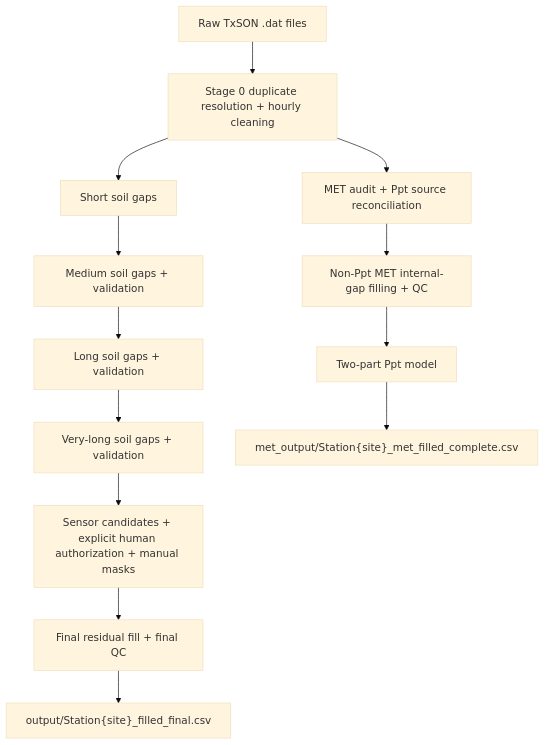
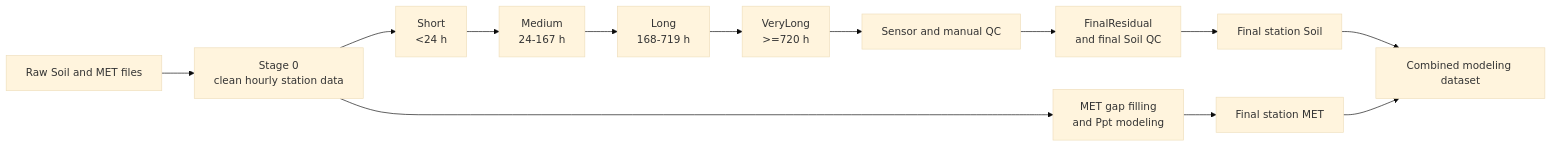
Before and after one commit to kiat/tx-soil-moisture: the diagram in data-cleanup/imputation_pipeline/README.md, drawn with Mermaid (base theme). The commit also changed other lines of this file and 1 other file, not shown here.

Commit message:
Finalize TxSON33 pipeline documentation

````diff
--- a/data-cleanup/imputation_pipeline/README.md
+++ b/data-cleanup/imputation_pipeline/README.md
@@ -178,16 +86,15 @@
 ```mermaid
-flowchart TD
-    A[Raw TxSON .dat files] --> B[Stage 0 duplicate resolution + hourly cleaning]
-    B --> C[Short soil gaps]
-    C --> D[Medium soil gaps + validation]
-    D --> E[Long soil gaps + validation]
-    E --> F[Very-long soil gaps + validation]
-    F --> G[Sensor candidates + explicit human authorization + manual masks]
-    G --> H[Final residual fill + final QC]
-    H --> I["output/Station{site}_filled_final.csv"]
-
-    B --> J[MET audit + Ppt source reconciliation]
-    J --> K[Non-Ppt MET internal-gap filling + QC]
-    K --> L[Two-part Ppt model]
-    L --> M["met_output/Station{site}_met_filled_complete.csv"]
+flowchart LR
+    A[Raw Soil and MET files] --> B[Stage 0<br/>clean hourly station data]
+    B --> C[Short<br/>&lt;24 h]
+    C --> D[Medium<br/>24-167 h]
+    D --> E[Long<br/>168-719 h]
+    E --> F[VeryLong<br/>&gt;=720 h]
+    F --> G[Sensor and manual QC]
+    G --> H[FinalResidual<br/>and final Soil QC]
+    B --> I[MET gap filling<br/>and Ppt modeling]
+    H --> J[Final station Soil]
+    I --> K[Final station MET]
+    J --> L[Combined modeling dataset]
+    K --> L
 ```
````
